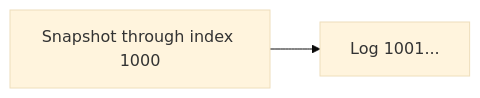
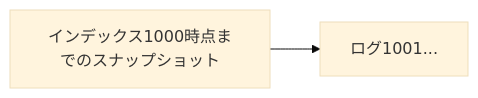
Before and after one commit to hirunebot/database-systems-book: the sixth of 6 diagrams in src/content/docs/05-distributed-db/14-consensus-raft.md, drawn with Mermaid (base theme). The commit also changed other lines of this file and 42 other files, not shown here.

````diff
--- a/src/content/docs/05-distributed-db/14-consensus-raft.md
+++ b/src/content/docs/05-distributed-db/14-consensus-raft.md
@@ -258,4 +261,4 @@
 ```mermaid
 flowchart LR
-    S["Snapshot through index 1000"] --> L["Log 1001..."]
+    S["インデックス1000時点までのスナップショット"] --> L["ログ1001..."]
 ```
````
